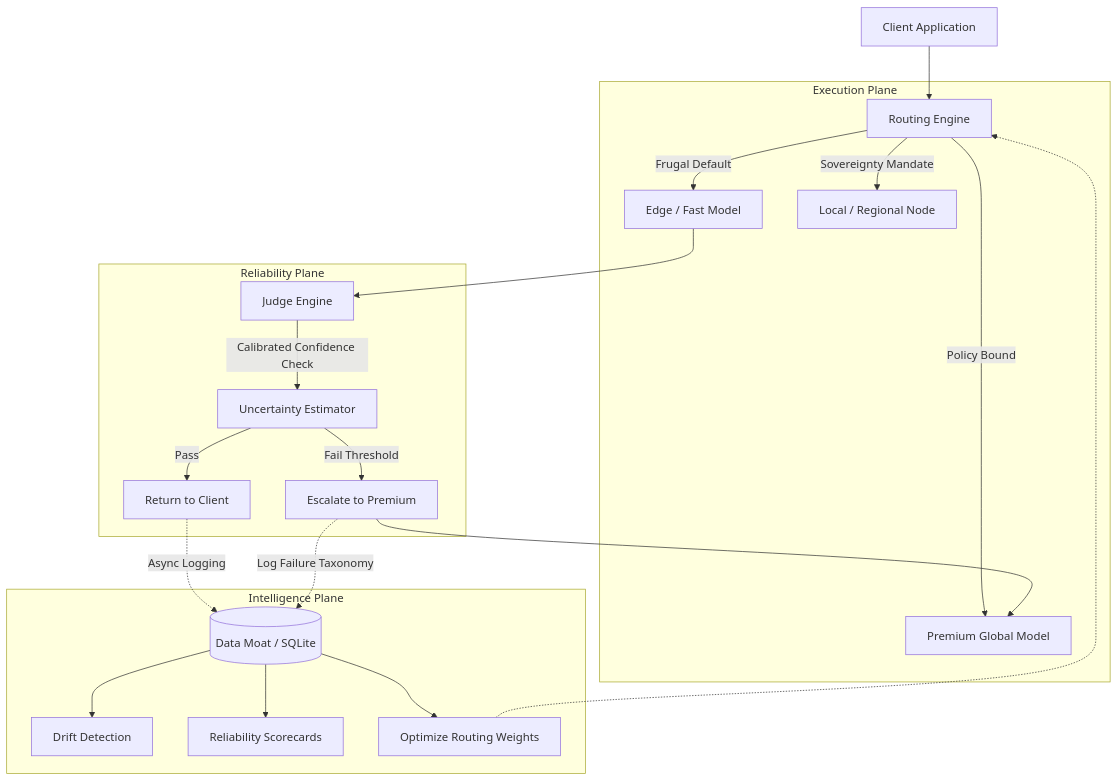
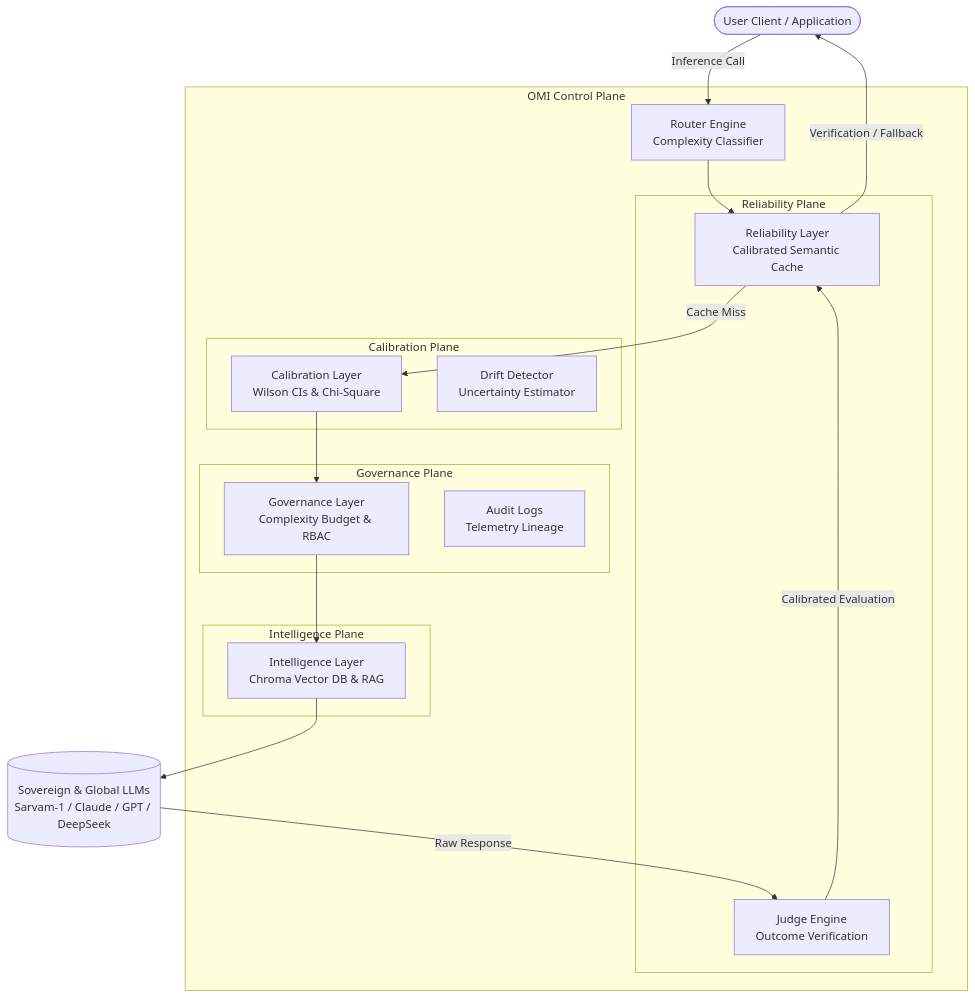
The diagram in README.md (omichauhan-lgtm/omi-gateway), drawn with Mermaid before and after one commit. The commit also changed other lines of this file, not shown here.

Commit message:
docs: transform README.md into infrastructure-grade developer landing page conforming to OMI_README_TRANSFORMATION_ENGINE guidelines

````diff
--- a/README.md
+++ b/README.md
@@ -11,27 +55,39 @@
 ```mermaid
 graph TD
-    Client[Client Application] --> Router[Routing Engine]
+    User([User Client / Application])
     
-    subgraph Execution Plane
-    Router --> |Frugal Default| CheapModel[Edge / Fast Model]
-    Router --> |Policy Bound| PremiumModel[Premium Global Model]
-    Router --> |Sovereignty Mandate| SovereignNode[Local / Regional Node]
+    subgraph OMI Control Plane
+        Router[Router Engine<br/>Complexity Classifier]
+        
+        subgraph Reliability Plane
+            Rel[Reliability Layer<br/>Calibrated Semantic Cache]
+            Judge[Judge Engine<br/>Outcome Verification]
+        end
+        
+        subgraph Calibration Plane
+            Cal[Calibration Layer<br/>Wilson CIs & Chi-Square]
+            Drift[Drift Detector<br/>Uncertainty Estimator]
+        end
+        
+        subgraph Governance Plane
+            Gov[Governance Layer<br/>Complexity Budget & RBAC]
+            Audit[Audit Logs<br/>Telemetry Lineage]
+        end
+        
+        subgraph Intelligence Plane
+            Intel[Intelligence Layer<br/>Chroma Vector DB & RAG]
+        end
     end
     
-    subgraph Reliability Plane
-    CheapModel --> Judge[Judge Engine]
-    Judge --> |Calibrated Confidence Check| Confidence[Uncertainty Estimator]
-    Confidence --> |Pass| Return[Return to Client]
-    Confidence --> |Fail Threshold| Escalation[Escalate to Premium]
-    Escalation --> PremiumModel
-    end
-    
-    subgraph Intelligence Plane
-    Return -.-> |Async Logging| DataMoat[(Data Moat / SQLite)]
-    Escalation -.-> |Log Failure Taxonomy| DataMoat
-    DataMoat --> Drift[Drift Detection]
-    DataMoat --> Scorecard[Reliability Scorecards]
-    DataMoat --> ActiveLearning[Optimize Routing Weights]
-    ActiveLearning -.-> Router
-    end
+    Provider[(Sovereign & Global LLMs<br/>Sarvam-1 / Claude / GPT / DeepSeek)]
+
+    User -->|Inference Call| Router
+    Router --> Rel
+    Rel -->|Cache Miss| Cal
+    Cal --> Gov
+    Gov --> Intel
+    Intel --> Provider
+    Provider -->|Raw Response| Judge
+    Judge -->|Calibrated Evaluation| Rel
+    Rel -->|Verification / Fallback| User
 ```
````
